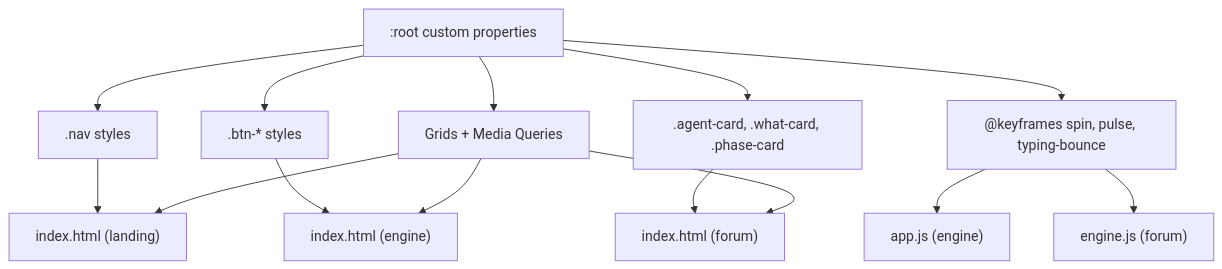
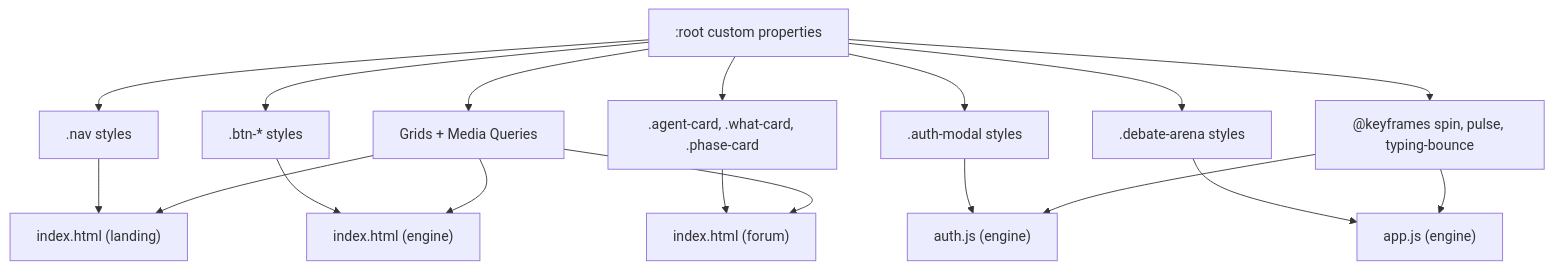
One commit to RunTimeAdmin/tri-ai changed the second of 3 diagrams in .qoder/repowiki/en/content/Frontend Application/Theme & Styling System.md. Above: the diagram before and after it, drawn with Mermaid. The commit also changed other lines of this file and 13 other files, not shown here.

````diff
--- a/.qoder/repowiki/en/content/Frontend Application/Theme & Styling System.md
+++ b/.qoder/repowiki/en/content/Frontend Application/Theme & Styling System.md
@@ -97,16 +113,20 @@
 ```mermaid
 graph TB
 Root[":root custom properties"] --> Nav[".nav styles"]
 Root --> Buttons[".btn-* styles"]
 Root --> Cards[".agent-card, .what-card, .phase-card"]
+Root --> Auth[".auth-modal styles"]
+Root --> Arena[".debate-arena styles"]
 Root --> Animations["@keyframes spin, pulse, typing-bounce"]
 Root --> Responsive["Grids + Media Queries"]
 Nav --> HTML1["index.html (landing)"]
 Buttons --> HTML2["index.html (engine)"]
 Cards --> HTML3["index.html (forum)"]
-Animations --> JS1["app.js (engine)"]
-Animations --> JS2["engine.js (forum)"]
+Auth --> JS1["auth.js (engine)"]
+Arena --> JS2["app.js (engine)"]
+Animations --> JS1
+Animations --> JS2
 Responsive --> HTML1
 Responsive --> HTML2
 Responsive --> HTML3
 ```
````
